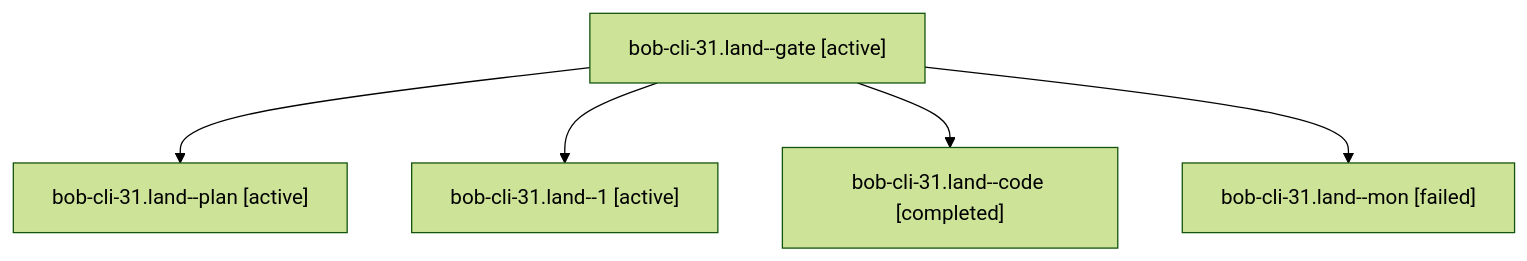
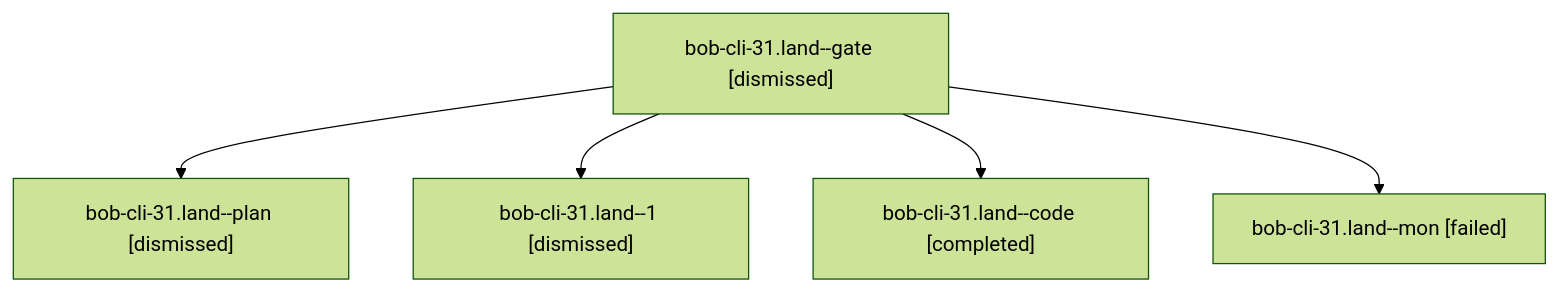
The diagram in sessions/bbugyi200.apollo.bob-cli-31.land.md (bobs-org/bob-cli--agents), drawn with Mermaid (forest theme) before and after one commit. The commit also changed other lines of this file and 59 other files, not shown here.

````diff
--- a/sessions/bbugyi200.apollo.bob-cli-31.land.md
+++ b/sessions/bbugyi200.apollo.bob-cli-31.land.md
@@ -9,12 +9,12 @@
 ```mermaid
 flowchart TD
-  n0["bob-cli-31.land--gate [active]"]
-  n1["bob-cli-31.land--plan [active]"]
+  n0["bob-cli-31.land--gate [dismissed]"]
+  n1["bob-cli-31.land--plan [dismissed]"]
   n0 --> n1
-  n2["bob-cli-31.land--1 [active]"]
+  n2["bob-cli-31.land--1 [dismissed]"]
   n0 --> n2
   n3["bob-cli-31.land--code [completed]"]
   n0 --> n3
   n4["bob-cli-31.land--mon [failed]"]
   n0 --> n4
 ```
````
